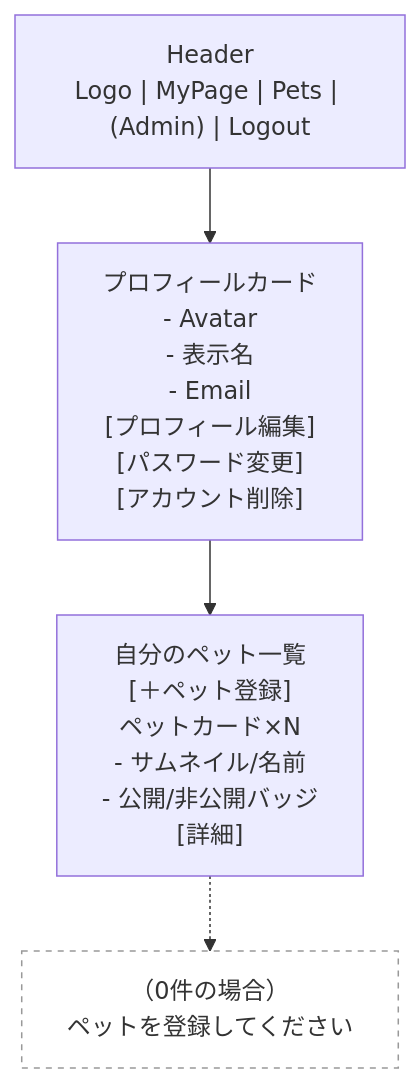
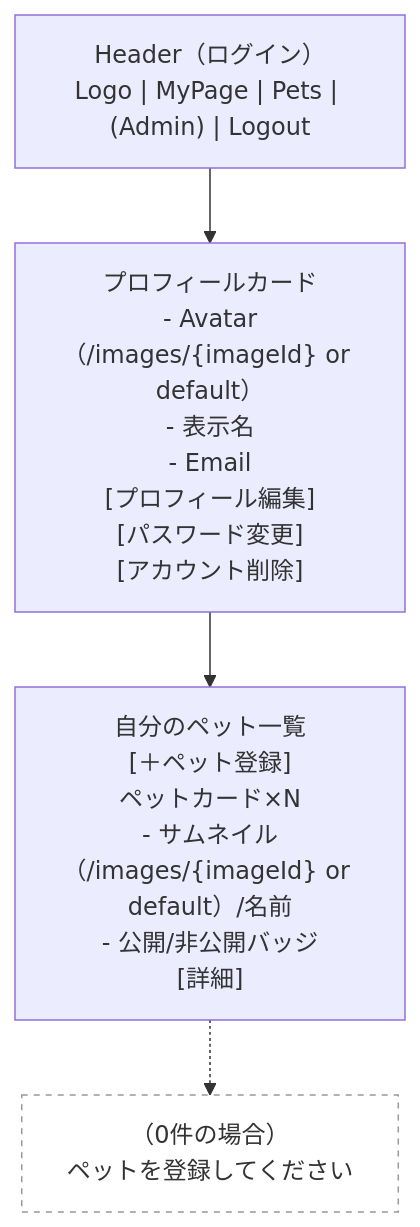
Before and after one commit to Cat5Dog2/PetHealthManagement: the fourth of 23 diagrams in docs/ui-wireframe.md, drawn with Mermaid. The commit also changed other lines of this file, not shown here.

````diff
--- a/docs/ui-wireframe.md
+++ b/docs/ui-wireframe.md
@@ -12,12 +64,12 @@
 ```mermaid
 flowchart TB
-  Header["Header<br/>Logo | MyPage | Pets | (Admin) | Logout"]
-  Profile["プロフィールカード<br/>- Avatar<br/>- 表示名<br/>- Email<br/>[プロフィール編集]<br/>[パスワード変更]<br/>[アカウント削除]"]
-  Pets["自分のペット一覧<br/>[＋ペット登録]<br/>ペットカード×N<br/>- サムネイル/名前<br/>- 公開/非公開バッジ<br/>[詳細]"]
+  Header["Header（ログイン）<br/>Logo | MyPage | Pets | (Admin) | Logout"]
+  Profile["プロフィールカード<br/>- Avatar（/images/{imageId} or default）<br/>- 表示名<br/>- Email<br/>[プロフィール編集]<br/>[パスワード変更]<br/>[アカウント削除]"]
+  Pets["自分のペット一覧<br/>[＋ペット登録]<br/>ペットカード×N<br/>- サムネイル（/images/{imageId} or default）/名前<br/>- 公開/非公開バッジ<br/>[詳細]"]
   Empty["（0件の場合）<br/>ペットを登録してください"]:::note
 
   Header --> Profile --> Pets
   Pets -.-> Empty
 
   classDef note fill:#fff,stroke:#999,stroke-dasharray: 4 4,color:#333;
 ```
````
